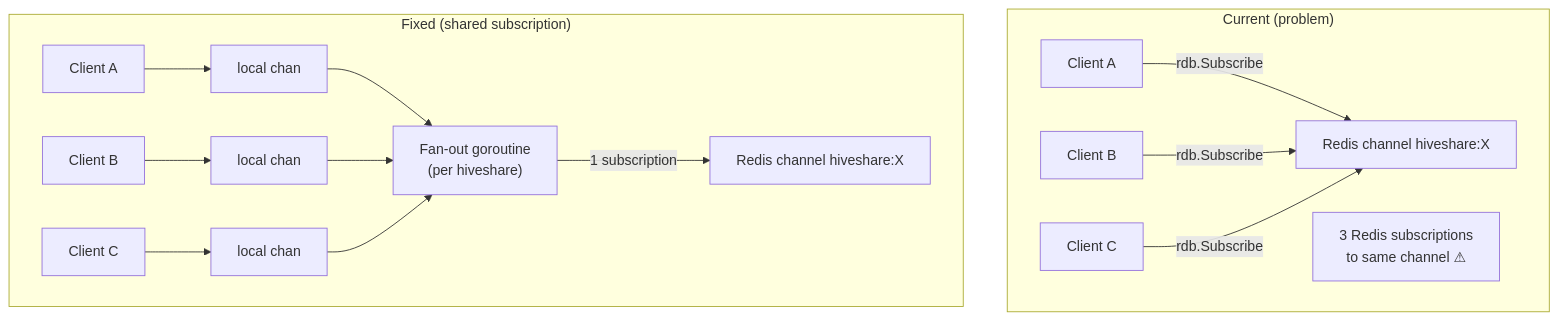
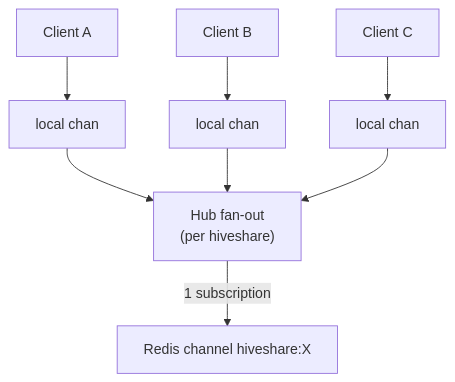
Before and after one commit to KB-perByte/hiveshare: the sixth of 8 diagrams in docs/ARCHITECTURE.md, drawn with Mermaid. The commit also changed other lines of this file and 3 other files, not shown here.

````diff
--- a/docs/ARCHITECTURE.md
+++ b/docs/ARCHITECTURE.md
@@ -275,17 +215,8 @@
 ```mermaid
 graph TB
-    subgraph Current["Current (problem)"]
-        C1["Client A"] -->|rdb.Subscribe| R1["Redis channel hiveshare:X"]
-        C2["Client B"] -->|rdb.Subscribe| R1
-        C3["Client C"] -->|rdb.Subscribe| R1
-        note1["3 Redis subscriptions\nto same channel ⚠"]
-    end
-
-    subgraph Fixed["Fixed (shared subscription)"]
-        F1["Client A"] --> LCh1["local chan"]
-        F2["Client B"] --> LCh2["local chan"]
-        F3["Client C"] --> LCh3["local chan"]
-        LCh1 & LCh2 & LCh3 --> Fan["Fan-out goroutine\n(per hiveshare)"]
-        Fan -->|1 subscription| R2["Redis channel hiveshare:X"]
-    end
+    F1["Client A"] --> LCh1["local chan"]
+    F2["Client B"] --> LCh2["local chan"]
+    F3["Client C"] --> LCh3["local chan"]
+    LCh1 & LCh2 & LCh3 --> Fan["Hub fan-out\n(per hiveshare)"]
+    Fan -->|1 subscription| R2["Redis channel hiveshare:X"]
 ```
````
